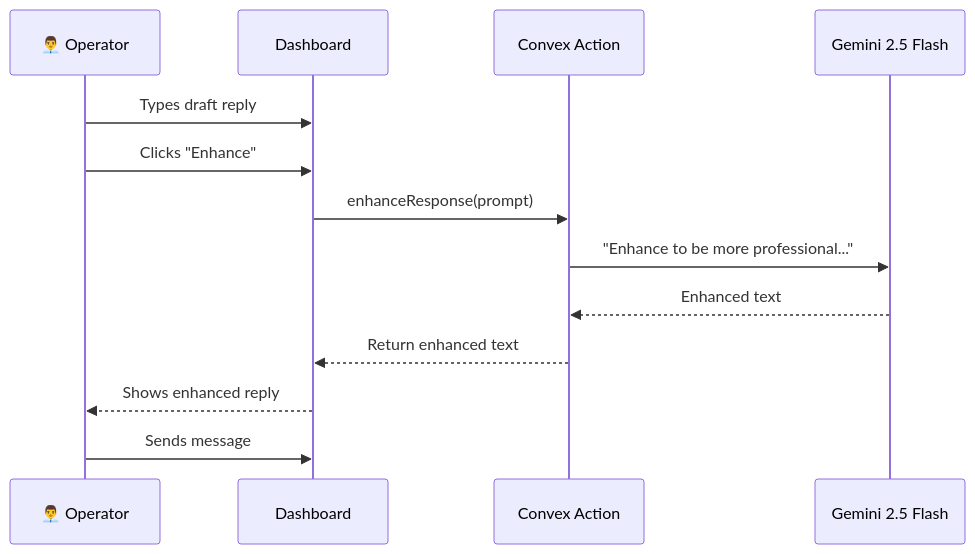
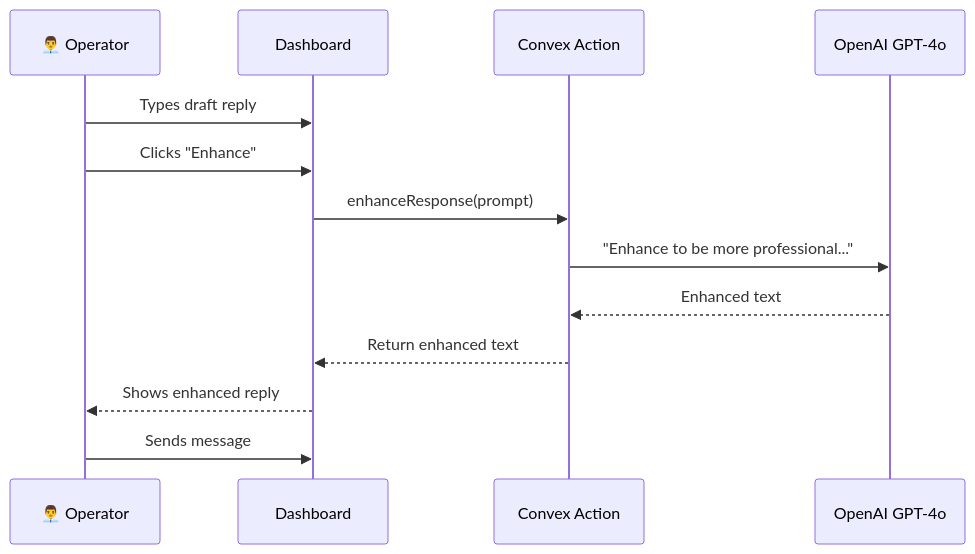
One commit to prakharsingh-74/Pivot-Care-AI changed the sixth of 12 diagrams in README.md. Above: the diagram before and after it, drawn with Mermaid. The commit also changed other lines of this file, not shown here.

Commit message:
refactor docs: migrate AI agent provider from Google Gemini to OpenAI GPT-4o throughout documentation

````diff
--- a/README.md
+++ b/README.md
@@ -339,16 +339,16 @@
 ```mermaid
 sequenceDiagram
     participant Op as 👨‍💼 Operator
     participant Dash as Dashboard
     participant Conv as Convex Action
-    participant Gem as Gemini 2.5 Flash
+    participant Gem as OpenAI GPT-4o
 
     Op->>Dash: Types draft reply
     Op->>Dash: Clicks "Enhance"
     Dash->>Conv: enhanceResponse(prompt)
     Conv->>Gem: "Enhance to be more professional..."
     Gem-->>Conv: Enhanced text
     Conv-->>Dash: Return enhanced text
     Dash-->>Op: Shows enhanced reply
     Op->>Dash: Sends message
 ```
````
